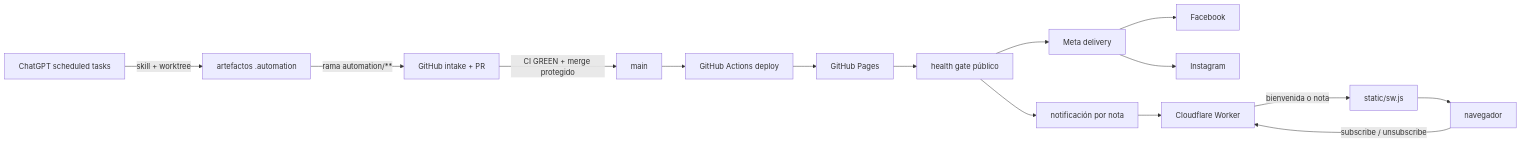
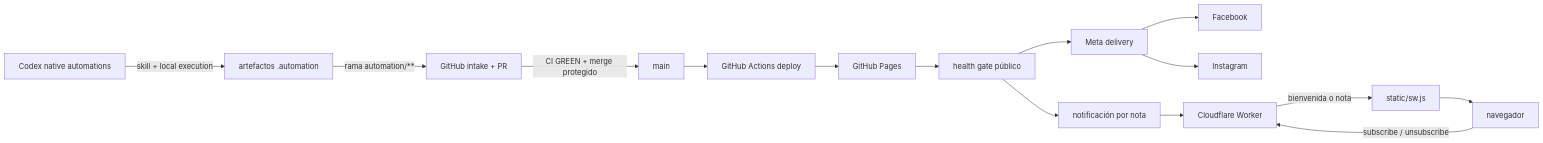
One commit to RealLotex/mragentes-site changed the diagram in ARCHITECTURE.md. Above: the diagram before and after it, drawn with Mermaid. The commit also changed other lines of this file and 29 other files, not shown here.

````diff
--- a/ARCHITECTURE.md
+++ b/ARCHITECTURE.md
@@ -24,17 +24,17 @@
 ```mermaid
 flowchart LR
-    T[ChatGPT scheduled tasks] -->|skill + worktree| A[artefactos .automation]
+    T[Codex native automations] -->|skill + local execution| A[artefactos .automation]
     A -->|rama automation/**| I[GitHub intake + PR]
     I -->|CI GREEN + merge protegido| M[main]
     M --> D[GitHub Actions deploy]
     D --> P[GitHub Pages]
     P --> H[health gate público]
     H --> S[Meta delivery]
     H --> N[notificación por nota]
     S --> FB[Facebook]
     S --> IG[Instagram]
     N --> W[Cloudflare Worker]
     B[navegador] -->|subscribe / unsubscribe| W
     W -->|bienvenida o nota| SW[static/sw.js]
     SW --> B
 ```
````
